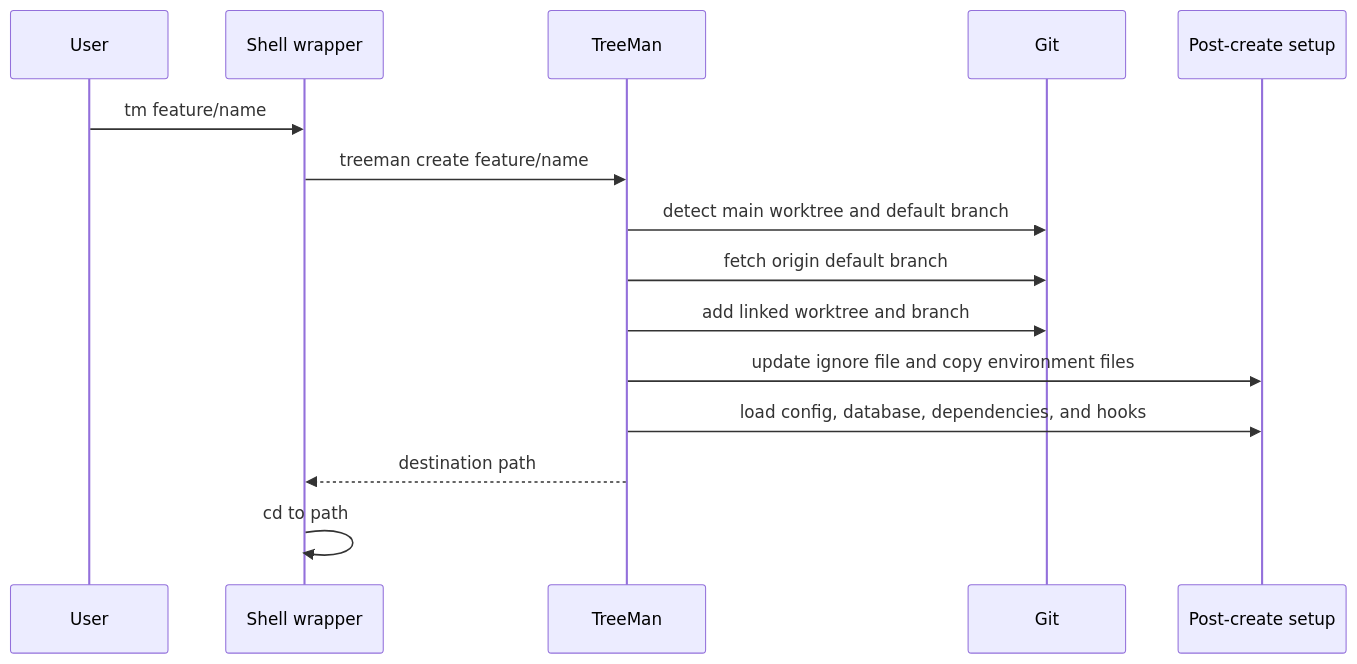
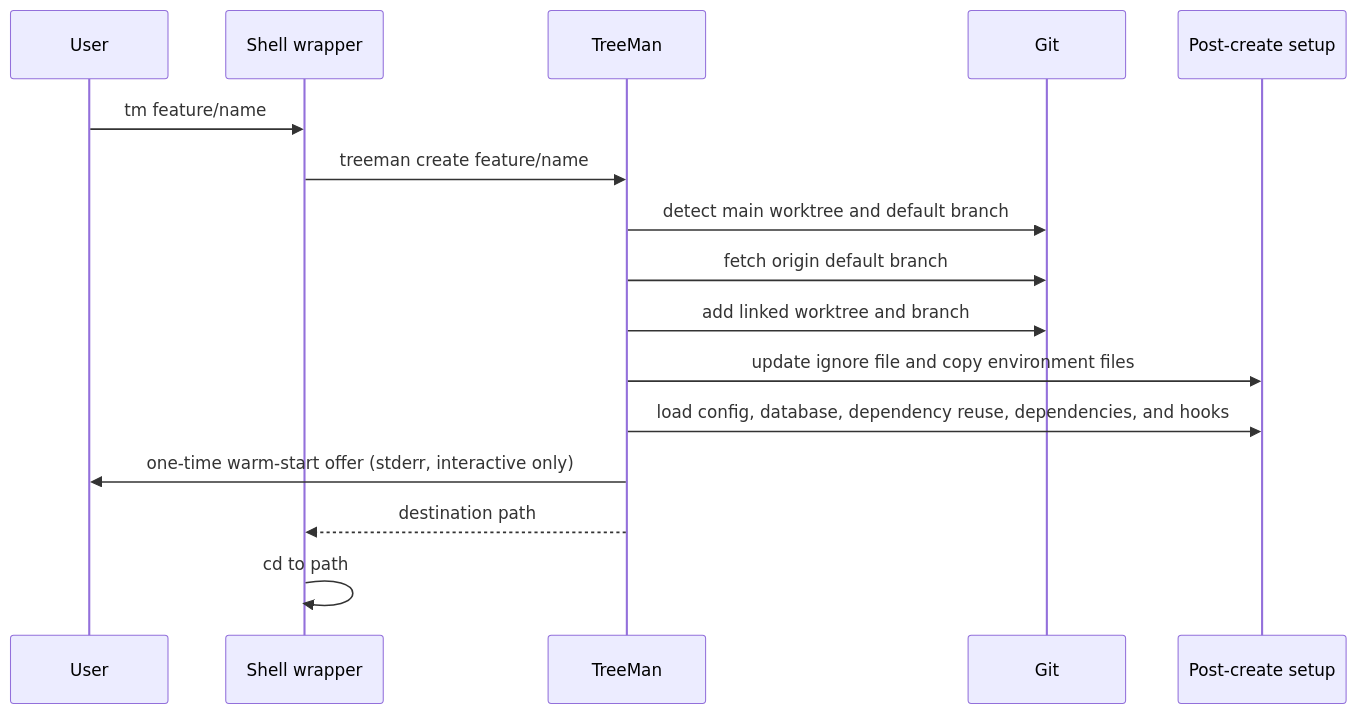
One commit to shoutcape/TreeMan changed the first of 5 diagrams in docs/architecture/lifecycles.md. Above: the diagram before and after it, drawn with Mermaid. The commit also changed other lines of this file and 27 other files, not shown here.

First line of the commit message:
feat(deps): add warm starts with deps.reuse (#87)

````diff
--- a/docs/architecture/lifecycles.md
+++ b/docs/architecture/lifecycles.md
@@ -5,17 +5,18 @@
 ```mermaid
 sequenceDiagram
     participant User
     participant Shell as Shell wrapper
     participant CLI as TreeMan
     participant Git
     participant Setup as Post-create setup
     User->>Shell: tm feature/name
     Shell->>CLI: treeman create feature/name
     CLI->>Git: detect main worktree and default branch
     CLI->>Git: fetch origin default branch
     CLI->>Git: add linked worktree and branch
     CLI->>Setup: update ignore file and copy environment files
-    CLI->>Setup: load config, database, dependencies, and hooks
+    CLI->>Setup: load config, database, dependency reuse, dependencies, and hooks
+    CLI->>User: one-time warm-start offer (stderr, interactive only)
     CLI-->>Shell: destination path
     Shell->>Shell: cd to path
 ```
````
